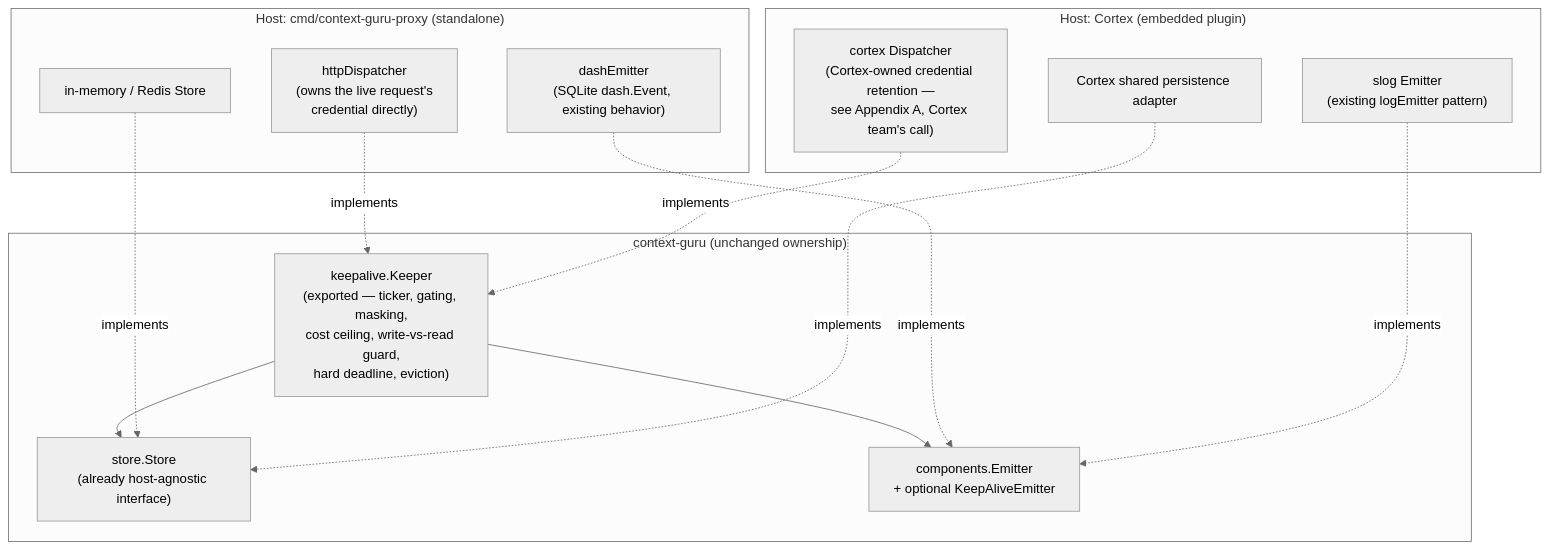
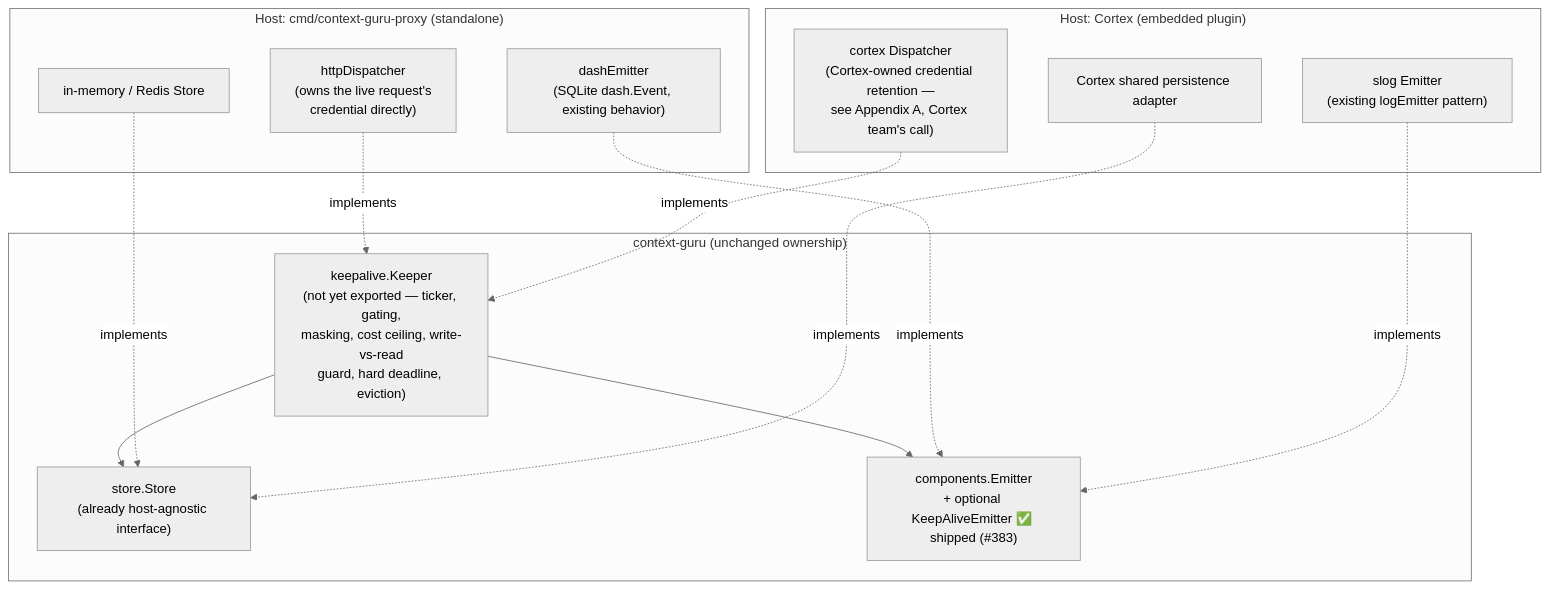
The second of 5 diagrams in docs/proposals/cortex-integration.md (rossoctl/context-guru), drawn with Mermaid (neutral theme) before and after one commit. The commit also changed other lines of this file, not shown here.

First line of the commit message:
docs: mark Phase 0 (emitter decoupling) done, drop §5 from the plan

````diff
--- a/docs/proposals/cortex-integration.md
+++ b/docs/proposals/cortex-integration.md
@@ -58,29 +60,29 @@
 ```mermaid
 graph TB
     subgraph ContextGuru["context-guru (unchanged ownership)"]
-        KA["keepalive.Keeper<br/>(exported — ticker, gating, masking,<br/>cost ceiling, write-vs-read guard,<br/>hard deadline, eviction)"]
+        KA["keepalive.Keeper<br/>(not yet exported — ticker, gating,<br/>masking, cost ceiling, write-vs-read<br/>guard, hard deadline, eviction)"]
         ST["store.Store<br/>(already host-agnostic interface)"]
-        EM["components.Emitter<br/>+ optional KeepAliveEmitter"]
+        EM["components.Emitter<br/>+ optional KeepAliveEmitter ✅ shipped (#383)"]
         KA --> ST
         KA --> EM
     end
 
     subgraph Host1["Host: cmd/context-guru-proxy (standalone)"]
         D1["httpDispatcher<br/>(owns the live request's<br/>credential directly)"]
         E1["dashEmitter<br/>(SQLite dash.Event, existing behavior)"]
         S1["in-memory / Redis Store"]
     end
 
     subgraph Host2["Host: Cortex (embedded plugin)"]
         D2["cortex Dispatcher<br/>(Cortex-owned credential retention —<br/>see Appendix A, Cortex team's call)"]
         E2["slog Emitter<br/>(existing logEmitter pattern)"]
         S2["Cortex shared persistence adapter"]
     end
 
     D1 -. implements .-> KA
     E1 -. implements .-> EM
     S1 -. implements .-> ST
     D2 -. implements .-> KA
     E2 -. implements .-> EM
     S2 -. implements .-> ST
 ```
````
